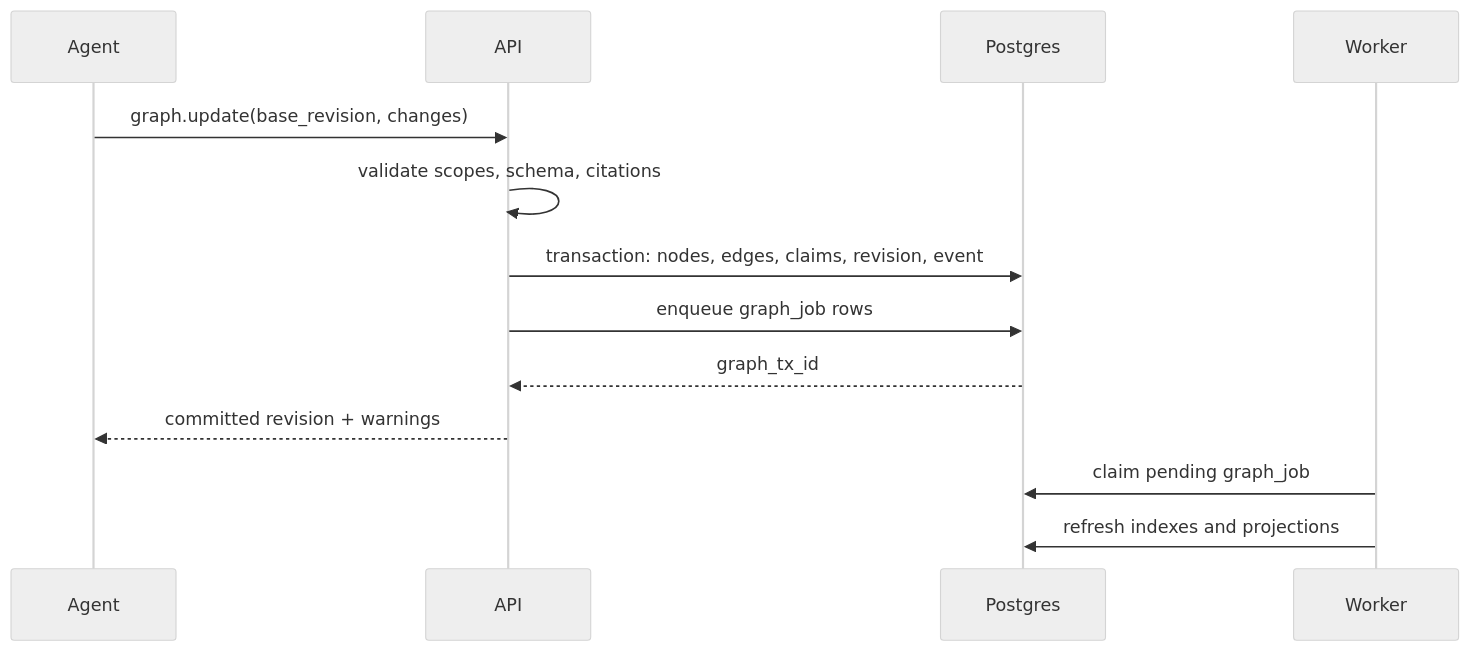
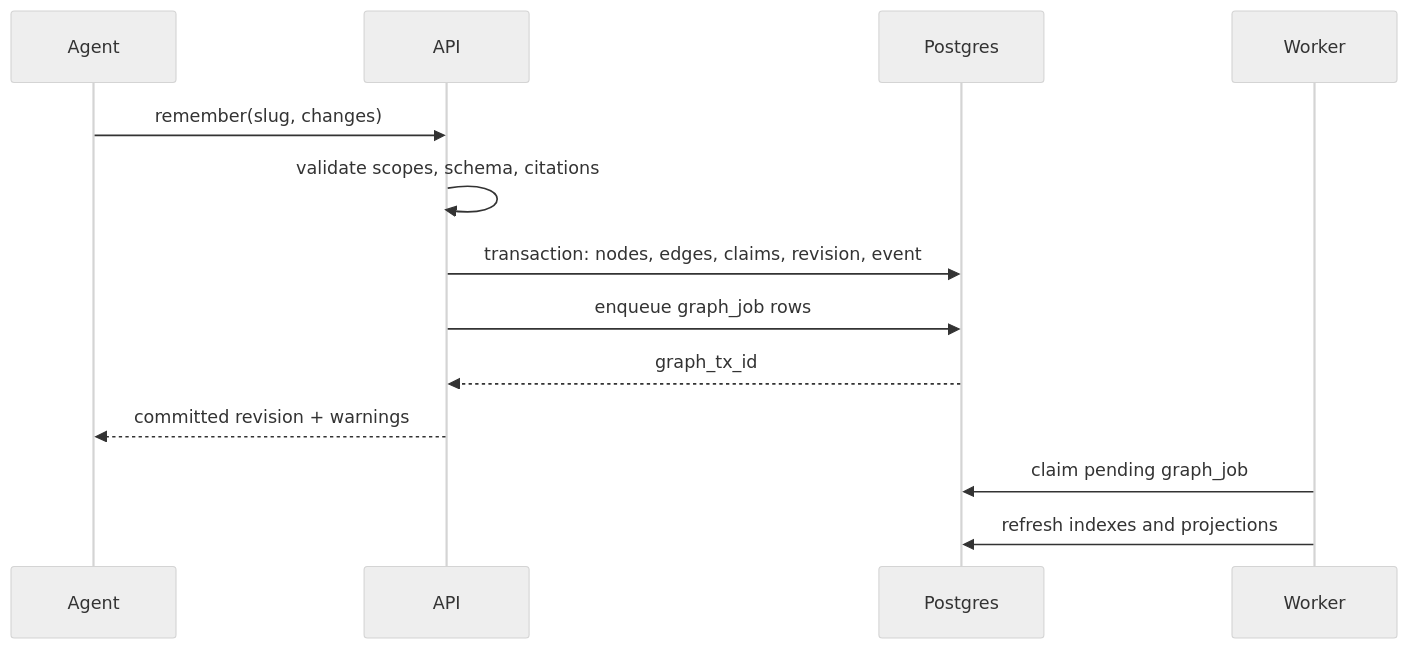
The third of 3 diagrams in docs/architecture.md (anunay999/trove), drawn with Mermaid (neutral theme) before and after one commit. The commit also changed other lines of this file and 23 other files, not shown here.

````diff
--- a/docs/architecture.md
+++ b/docs/architecture.md
@@ -204,16 +204,16 @@
 ```mermaid
 sequenceDiagram
   participant Agent
   participant API
   participant DB as Postgres
   participant Worker
 
-  Agent->>API: graph.update(base_revision, changes)
+  Agent->>API: remember(slug, changes)
   API->>API: validate scopes, schema, citations
   API->>DB: transaction: nodes, edges, claims, revision, event
   API->>DB: enqueue graph_job rows
   DB-->>API: graph_tx_id
   API-->>Agent: committed revision + warnings
   Worker->>DB: claim pending graph_job
   Worker->>DB: refresh indexes and projections
 ```
````
